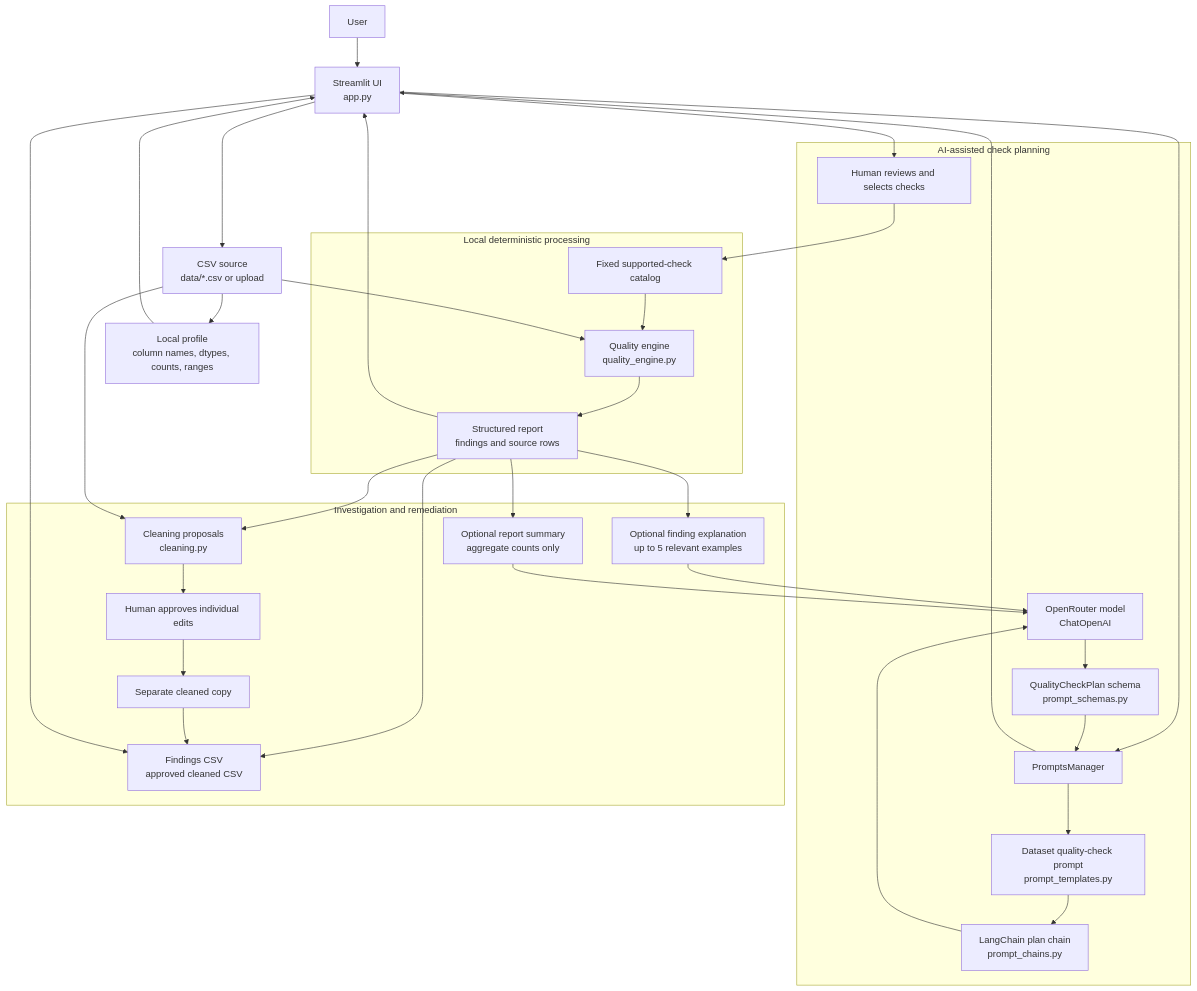
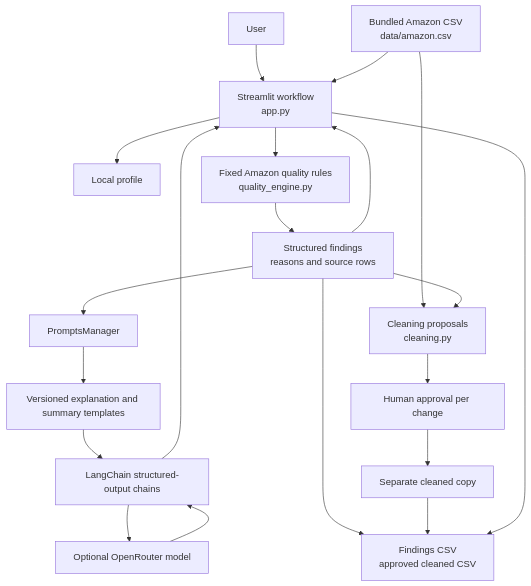
One commit to Pratanu123/ai-data-quality-investigator changed the first of 2 diagrams in README.md. Above: the diagram before and after it, drawn with Mermaid. The commit also changed other lines of this file and 7 other files, not shown here.

Commit message:
Amazon Dataset Analysis

````diff
--- a/README.md
+++ b/README.md
@@ -27,52 +14,32 @@
 ```mermaid
 flowchart TD
     User[User]
-    UI[Streamlit UI<br/>app.py]
-    Source[CSV source<br/>data/*.csv or upload]
-    Profile[Local profile<br/>column names, dtypes, counts, ranges]
-
-    subgraph AIPlanning["AI-assisted check planning"]
-        Manager[PromptsManager]
-        PlanPrompt[Dataset quality-check prompt<br/>prompt_templates.py]
-        PlanChain[LangChain plan chain<br/>prompt_chains.py]
-        Model[OpenRouter model<br/>ChatOpenAI]
-        PlanSchema[QualityCheckPlan schema<br/>prompt_schemas.py]
-        Approval[Human reviews and selects checks]
-    end
-
-    subgraph LocalQuality["Local deterministic processing"]
-        Catalog[Fixed supported-check catalog]
-        Engine[Quality engine<br/>quality_engine.py]
-        Findings[Structured report<br/>findings and source rows]
-    end
-
-    subgraph Followup["Investigation and remediation"]
-        Explain[Optional finding explanation<br/>up to 5 relevant examples]
-        Summary[Optional report summary<br/>aggregate counts only]
-        Cleaning[Cleaning proposals<br/>cleaning.py]
-        CleanApproval[Human approves individual edits]
-        CleanCopy[Separate cleaned copy]
-        Export[Findings CSV<br/>approved cleaned CSV]
-    end
+    UI[Streamlit workflow<br/>app.py]
+    CSV[Bundled Amazon CSV<br/>data/amazon.csv]
+    Profile[Local profile]
+    Engine[Fixed Amazon quality rules<br/>quality_engine.py]
+    Findings[Structured findings<br/>reasons and source rows]
+    PromptManager[PromptsManager]
+    Templates[Versioned explanation and summary templates]
+    Chains[LangChain structured-output chains]
+    Router[Optional OpenRouter model]
+    Cleaning[Cleaning proposals<br/>cleaning.py]
+    Approval[Human approval per change]
+    Copy[Separate cleaned copy]
+    Export[Findings CSV<br/>approved cleaned CSV]
 
     User --> UI
-    UI --> Source --> Profile
-    Profile --> UI
-    UI --> Manager
-    Manager --> PlanPrompt --> PlanChain --> Model
-    Model --> PlanSchema --> Manager
-    Manager --> UI --> Approval
-    Approval --> Catalog --> Engine
-    Source --> Engine
+    CSV --> UI
+    UI --> Profile
+    UI --> Engine
     Engine --> Findings --> UI
-    Findings --> Explain
-    Findings --> Summary
-    Explain --> Model
-    Summary --> Model
+    Findings --> PromptManager
+    PromptManager --> Templates --> Chains --> Router
+    Router --> Chains --> UI
+    CSV --> Cleaning
     Findings --> Cleaning
-    Source --> Cleaning
-    Cleaning --> CleanApproval --> CleanCopy
+    Cleaning --> Approval --> Copy
     Findings --> Export
-    CleanCopy --> Export
+    Copy --> Export
     UI --> Export
 ```
````
